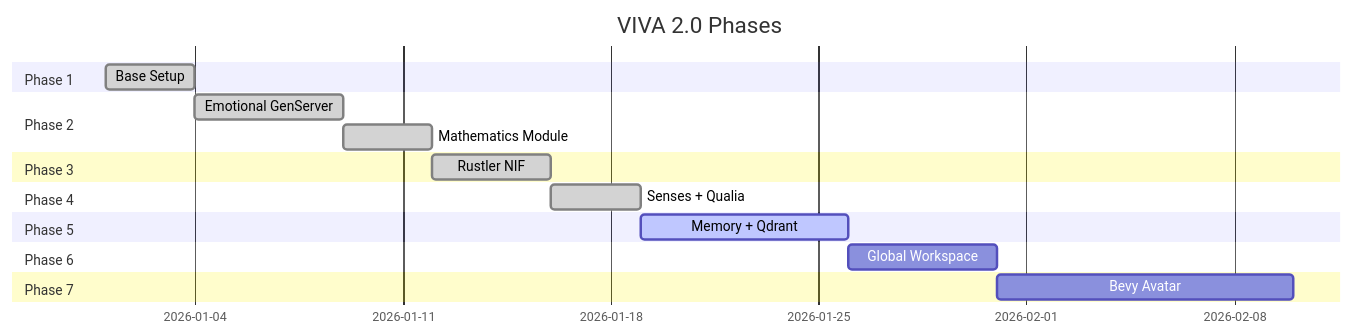
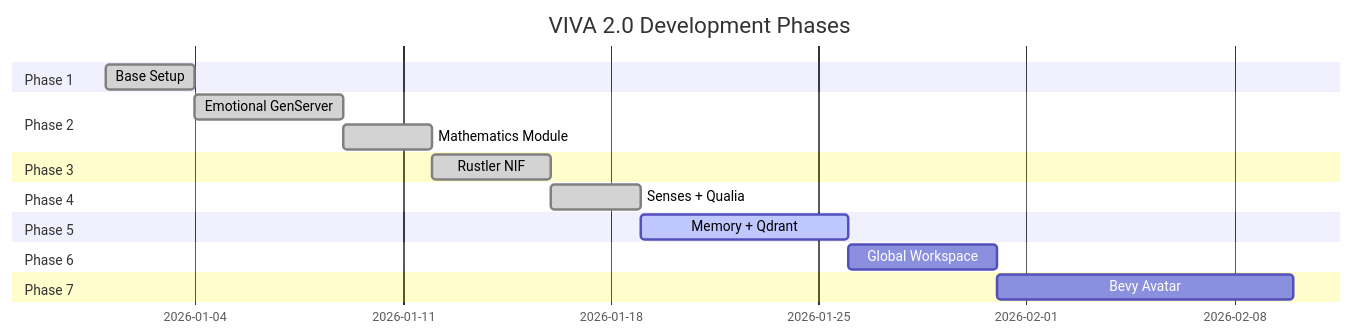
Before and after one commit to gabrielmaialva33/viva: the fourth of 4 diagrams in docs/en/explanation/project-status.md, drawn with Mermaid. The commit also changed other lines of this file and 4 other files, not shown here.

````diff
--- a/docs/en/explanation/project-status.md
+++ b/docs/en/explanation/project-status.md
@@ -419,27 +331,27 @@
 ```mermaid
 gantt
-    title VIVA 2.0 Phases
+    title VIVA 2.0 Development Phases
     dateFormat  YYYY-MM-DD
 
     section Phase 1
     Base Setup           :done, p1, 2026-01-01, 3d
 
     section Phase 2
     Emotional GenServer  :done, p2, after p1, 5d
     Mathematics Module   :done, p2m, after p2, 3d
 
     section Phase 3
     Rustler NIF          :done, p3, after p2m, 4d
 
     section Phase 4
     Senses + Qualia      :done, p4, after p3, 3d
 
     section Phase 5
     Memory + Qdrant      :active, p5, after p4, 7d
 
     section Phase 6
     Global Workspace     :p6, after p5, 5d
 
     section Phase 7
     Bevy Avatar          :p7, after p6, 10d
 ```
````
